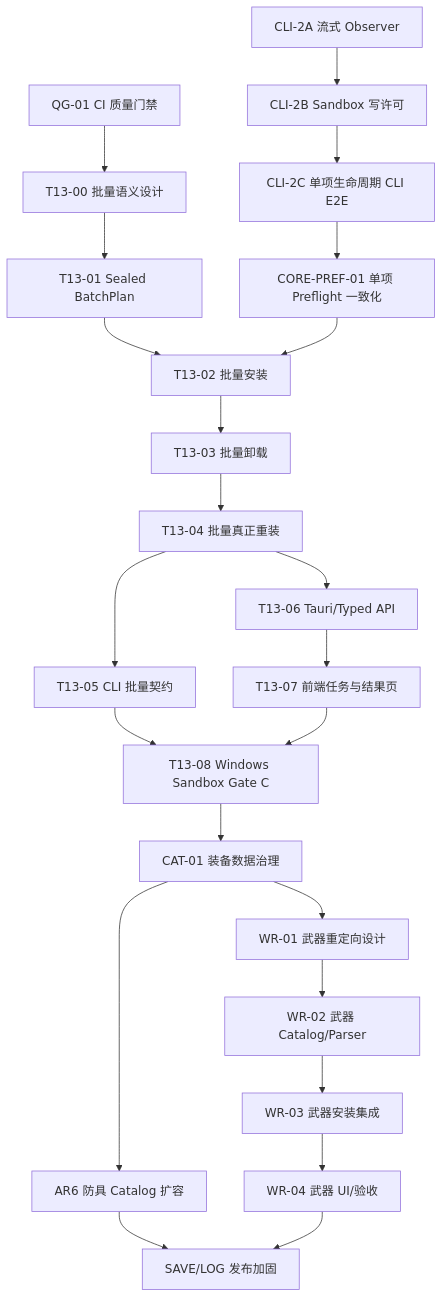
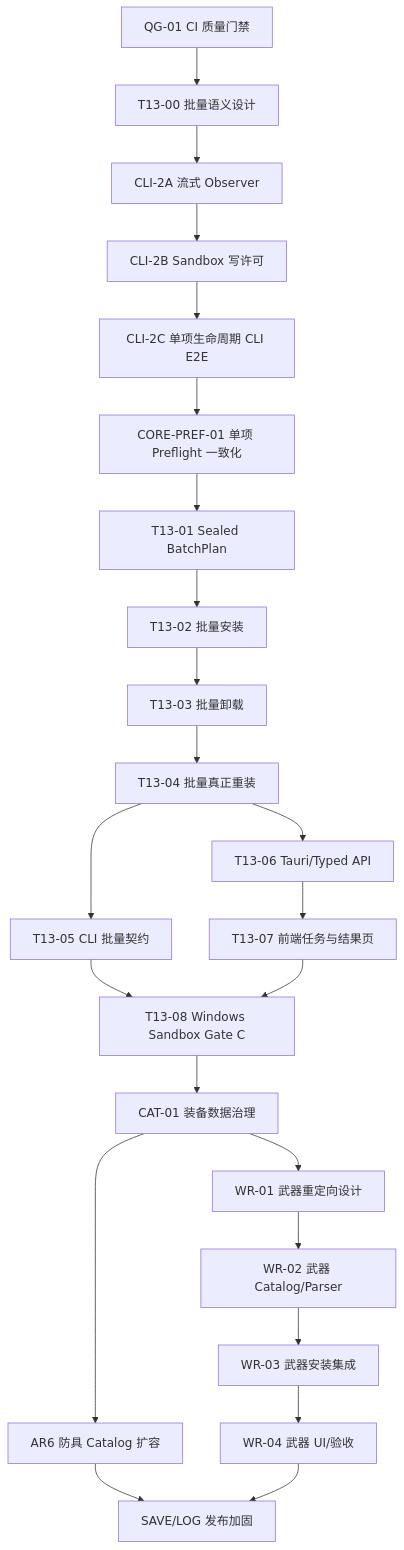
Before and after one commit to TheLostRiver/HelsincyModManager: the diagram in docs/AUTONOMOUS_ITERATION_ROADMAP.md, drawn with Mermaid. The commit also changed other lines of this file and 2 other files, not shown here.

Commit message:
docs: 修正自主任务依赖与合并门禁

````diff
--- a/docs/AUTONOMOUS_ITERATION_ROADMAP.md
+++ b/docs/AUTONOMOUS_ITERATION_ROADMAP.md
@@ -96,25 +96,25 @@
 ```mermaid
 flowchart TD
   QG["QG-01 CI 质量门禁"] --> B0["T13-00 批量语义设计"]
-  B0 --> B1["T13-01 Sealed BatchPlan"]
-  O["CLI-2A 流式 Observer"] --> S["CLI-2B Sandbox 写许可"]
+  B0 --> O["CLI-2A 流式 Observer"]
+  O --> S["CLI-2B Sandbox 写许可"]
   S --> C["CLI-2C 单项生命周期 CLI E2E"]
   C --> CORE["CORE-PREF-01 单项 Preflight 一致化"]
+  CORE --> B1["T13-01 Sealed BatchPlan"]
   B1 --> BI["T13-02 批量安装"]
-  CORE --> BI
   BI --> BU["T13-03 批量卸载"]
   BU --> BR["T13-04 批量真正重装"]
   BR --> BC["T13-05 CLI 批量契约"]
   BR --> BT["T13-06 Tauri/Typed API"]
   BT --> BF["T13-07 前端任务与结果页"]
   BC --> BG["T13-08 Windows Sandbox Gate C"]
   BF --> BG
   BG --> CAT["CAT-01 装备数据治理"]
   CAT --> AR["AR6 防具 Catalog 扩容"]
   CAT --> WD["WR-01 武器重定向设计"]
   WD --> WC["WR-02 武器 Catalog/Parser"]
   WC --> WI["WR-03 武器安装集成"]
   WI --> WU["WR-04 武器 UI/验收"]
   AR --> SAVE["SAVE/LOG 发布加固"]
   WU --> SAVE
 ```
````
